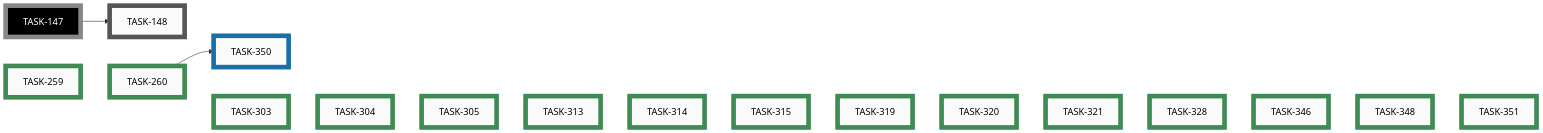
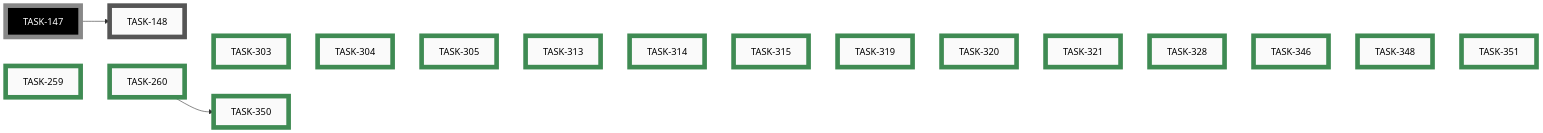
The tenth of 10 diagrams in docs/developers/tasks/EPICS.md (tgd1975/AwesomeStudioPedal), drawn with Mermaid before and after one commit. The commit also changed other lines of this file and 3 other files, not shown here.

Commit message:
close TASK-350: Display unified version in web tooling (simulator + builders)

````diff
--- a/docs/developers/tasks/EPICS.md
+++ b/docs/developers/tasks/EPICS.md
@@ -404,49 +404,49 @@
 ```mermaid
 graph LR
     TASK_148["TASK-148"]:::open
-    TASK_350["TASK-350"]:::active
     TASK_259["TASK-259"]:::closed
     TASK_260["TASK-260"]:::closed
     TASK_303["TASK-303"]:::closed
     TASK_304["TASK-304"]:::closed
     TASK_305["TASK-305"]:::closed
     TASK_313["TASK-313"]:::closed
     TASK_314["TASK-314"]:::closed
     TASK_315["TASK-315"]:::closed
     TASK_319["TASK-319"]:::closed
     TASK_320["TASK-320"]:::closed
     TASK_321["TASK-321"]:::closed
     TASK_328["TASK-328"]:::closed
     TASK_346["TASK-346"]:::closed
     TASK_348["TASK-348"]:::closed
+    TASK_350["TASK-350"]:::closed
     TASK_351["TASK-351"]:::closed
     TASK_147["TASK-147"]:::openExt
     TASK_147 --> TASK_148
     TASK_260 --> TASK_350
     TASK_259 ~~~ TASK_260 ~~~ TASK_303 ~~~ TASK_304 ~~~ TASK_305 ~~~ TASK_313 ~~~ TASK_314 ~~~ TASK_315 ~~~ TASK_319 ~~~ TASK_320 ~~~ TASK_321 ~~~ TASK_328 ~~~ TASK_346 ~~~ TASK_348 ~~~ TASK_351
     click TASK_148 "open/task-148-reorganise-developer-documentation.md"
-    click TASK_350 "active/task-350-display-unified-version-in-web-tooling.md"
     click TASK_259 "closed/task-259-android-app-test-protocol.md"
     click TASK_260 "closed/task-260-unify-version-numbers-across-deliverables.md"
     click TASK_303 "closed/task-303-simulator-boots-with-demo-loaded.md"
     click TASK_304 "closed/task-304-simulator-button-no-hover-reaction.md"
     click TASK_305 "closed/task-305-add-category-field-to-ideas.md"
     click TASK_313 "closed/task-313-emoji-icons-for-idea-categories.md"
     click TASK_314 "closed/task-314-nbsp-between-icon-and-category.md"
     click TASK_315 "closed/task-315-idea-sub-file-naming-convention.md"
     click TASK_319 "closed/task-319-remove-wireviz-precommit-block.md"
     click TASK_320 "closed/task-320-remove-ble-flag-precommit-check.md"
     click TASK_321 "closed/task-321-fix-ci-failures-mermaid-clang-tidy.md"
     click TASK_328 "closed/task-328-prevent-parallel-housekeep-execution.md"
     click TASK_346 "closed/task-346-content-sensitive-precommit-checks.md"
     click TASK_348 "closed/task-348-derive-clang-tidy-set-from-compile-commands.md"
+    click TASK_350 "closed/task-350-display-unified-version-in-web-tooling.md"
     click TASK_351 "closed/task-351-ensure-autogenerated-markdown-is-lint-clean.md"
     classDef open    fill:#FAFAFA,stroke:#555,stroke-width:8px,color:#000
     classDef active  fill:#FAFAFA,stroke:#1A6FA8,stroke-width:8px,color:#000
     classDef closed  fill:#FAFAFA,stroke:#3F8B53,stroke-width:8px,color:#000
     classDef paused  fill:#FAFAFA,stroke:#B07810,stroke-width:8px,color:#000
     classDef openExt    fill:#000,stroke:#888,stroke-width:8px,color:#FFF
     classDef activeExt  fill:#000,stroke:#3FA9F5,stroke-width:8px,color:#FFF
     classDef closedExt  fill:#000,stroke:#7CC68A,stroke-width:8px,color:#FFF
     classDef pausedExt  fill:#000,stroke:#F0B030,stroke-width:8px,color:#FFF
 ```
````
